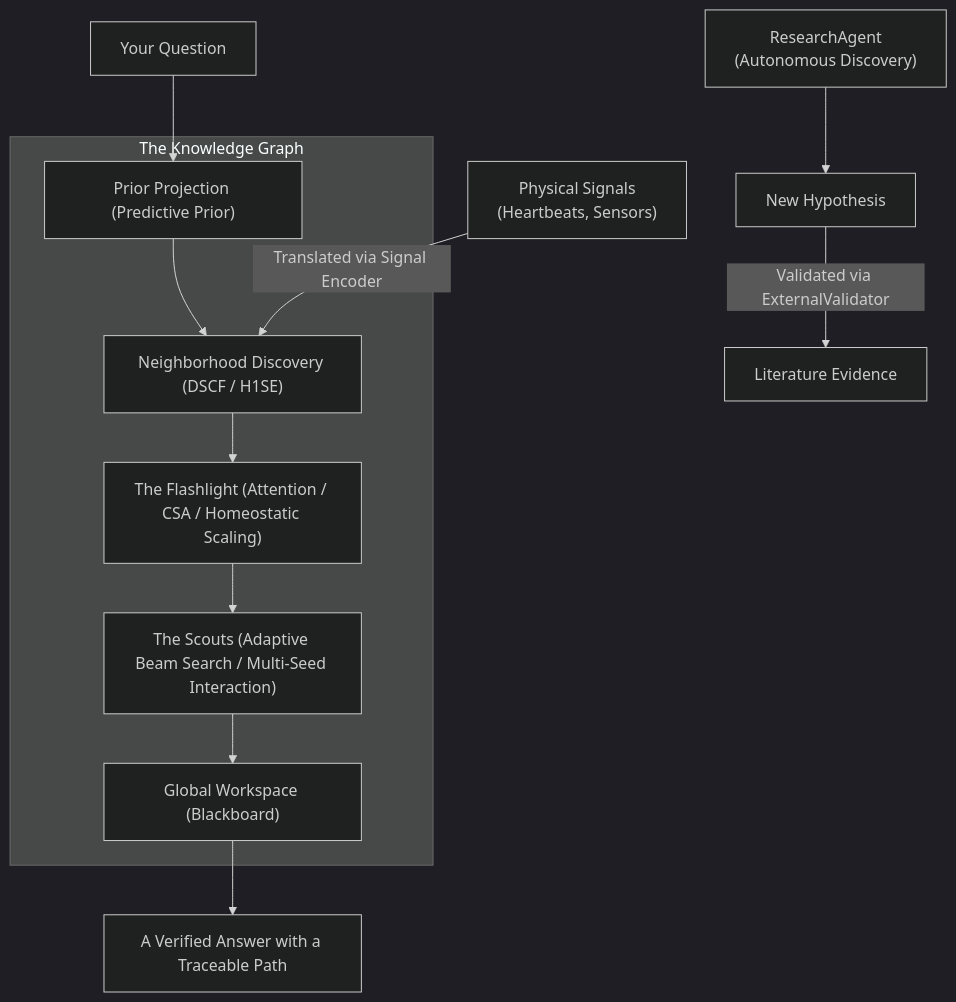
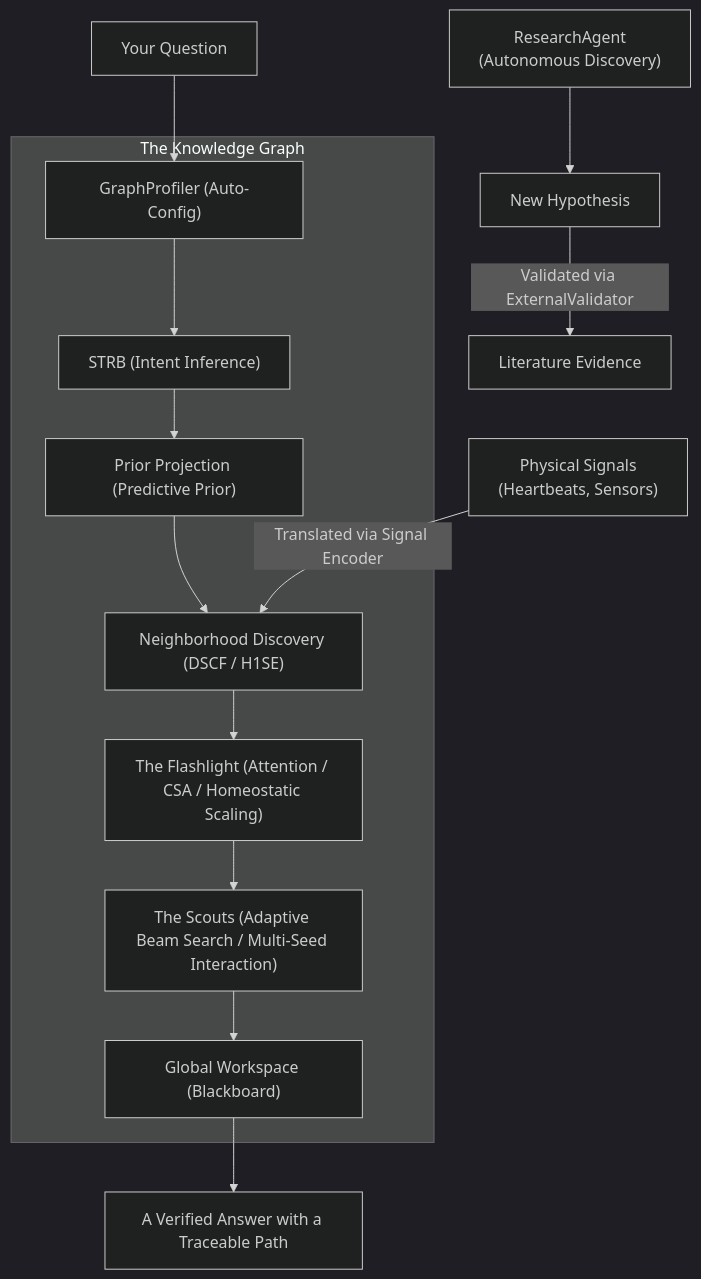
The diagram in docs/CEREBRUM_EXPLAINED.md (BrutalByte/CEREBRUM), drawn with Mermaid (dark theme) before and after one commit. The commit also changed other lines of this file and 84 other files, not shown here.

Commit message:
docs/feat: v2.51.0 (Phase 167) sync, Hybrid-Memory Architecture, and documentation audit

````diff
--- a/docs/CEREBRUM_EXPLAINED.md
+++ b/docs/CEREBRUM_EXPLAINED.md
@@ -13,21 +13,25 @@
 ```mermaid
 graph TD
-    A["Your Question"] --> BP["Prior Projection (Predictive Prior)"]
+    A["Your Question"] --> GP["GraphProfiler (Auto-Config)"]
+    GP --> STRB["STRB (Intent Inference)"]
+    STRB --> BP["Prior Projection (Predictive Prior)"]
     BP --> B["Neighborhood Discovery (DSCF / H1SE)"]
     B --> C["The Flashlight (Attention / CSA / Homeostatic Scaling)"]
     C --> D["The Scouts (Adaptive Beam Search / Multi-Seed Interaction)"]
     D --> GWS["Global Workspace (Blackboard)"]
     GWS --> E["A Verified Answer with a Traceable Path"]
 
     subgraph "The Knowledge Graph"
+    GP
+    STRB
     BP
     B
     C
     D
     GWS
     end
 
     F["Physical Signals\n(Heartbeats, Sensors)"] -- "Translated via Signal Encoder" --> B
     G["New Hypothesis"] -- "Validated via ExternalValidator" --> H["Literature Evidence"]
     I["ResearchAgent\n(Autonomous Discovery)"] --> G
 ```
````
